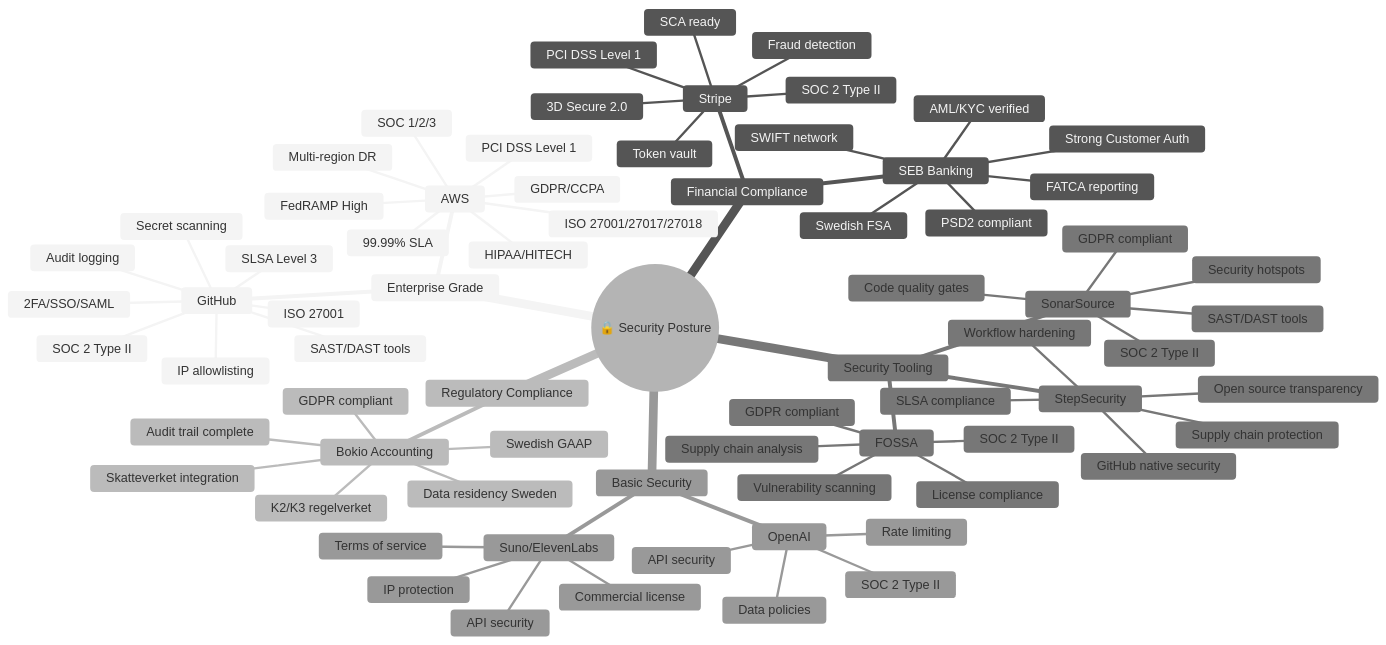
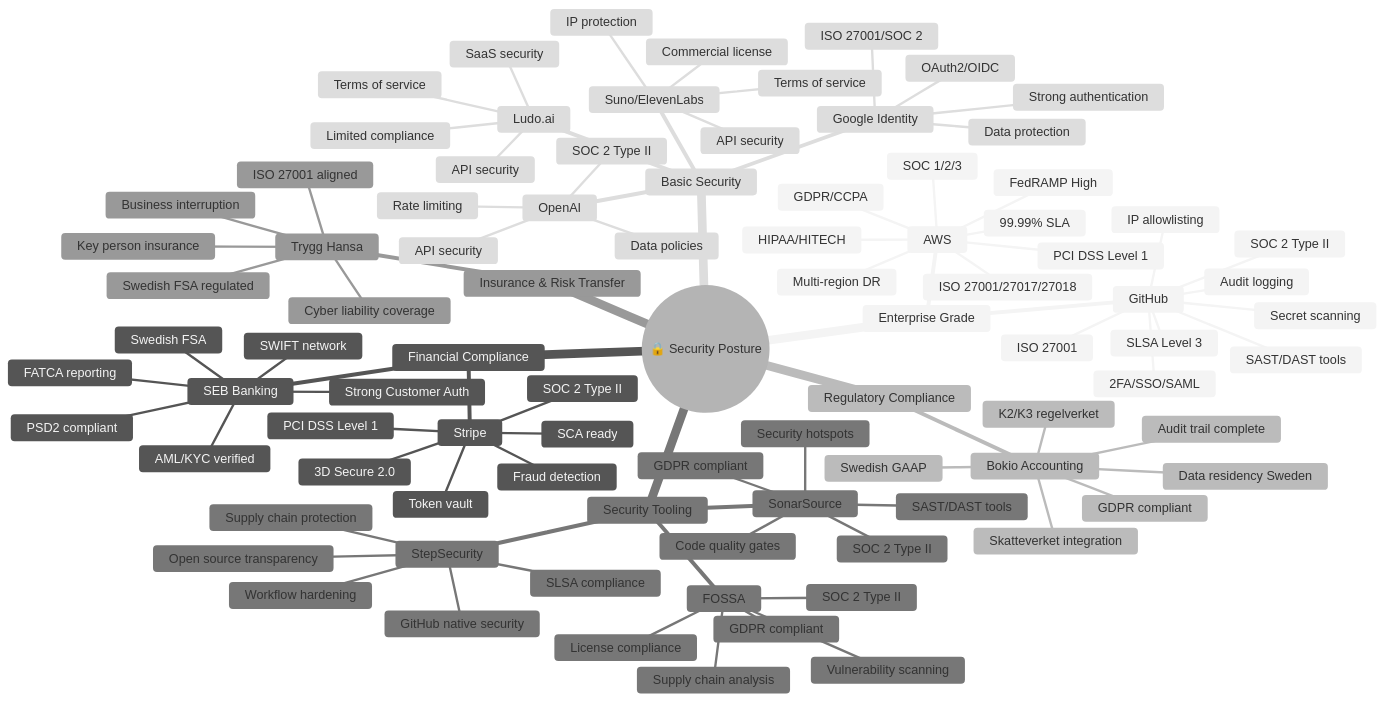
One commit to Hack23/ISMS-PUBLIC changed the second of 5 diagrams in SUPPLIER.md. Above: the diagram before and after it, drawn with Mermaid (neutral theme). The commit also changed other lines of this file and 35 other files, not shown here.

````diff
--- a/SUPPLIER.md
+++ b/SUPPLIER.md
@@ -227,6 +244,13 @@
         Workflow hardening
         Supply chain protection
         Open source transparency
+    Insurance & Risk Transfer
+      Trygg Hansa
+        ISO 27001 aligned
+        Swedish FSA regulated
+        Cyber liability coverage
+        Key person insurance
+        Business interruption
     Basic Security
       Suno/ElevenLabs
         Terms of service
@@ -238,4 +262,14 @@
         Data policies
         API security
         Rate limiting
+      Ludo.ai
+        Terms of service
+        SaaS security
+        API security
+        Limited compliance
+      Google Identity
+        ISO 27001/SOC 2
+        OAuth2/OIDC
+        Strong authentication
+        Data protection
 ```
````
